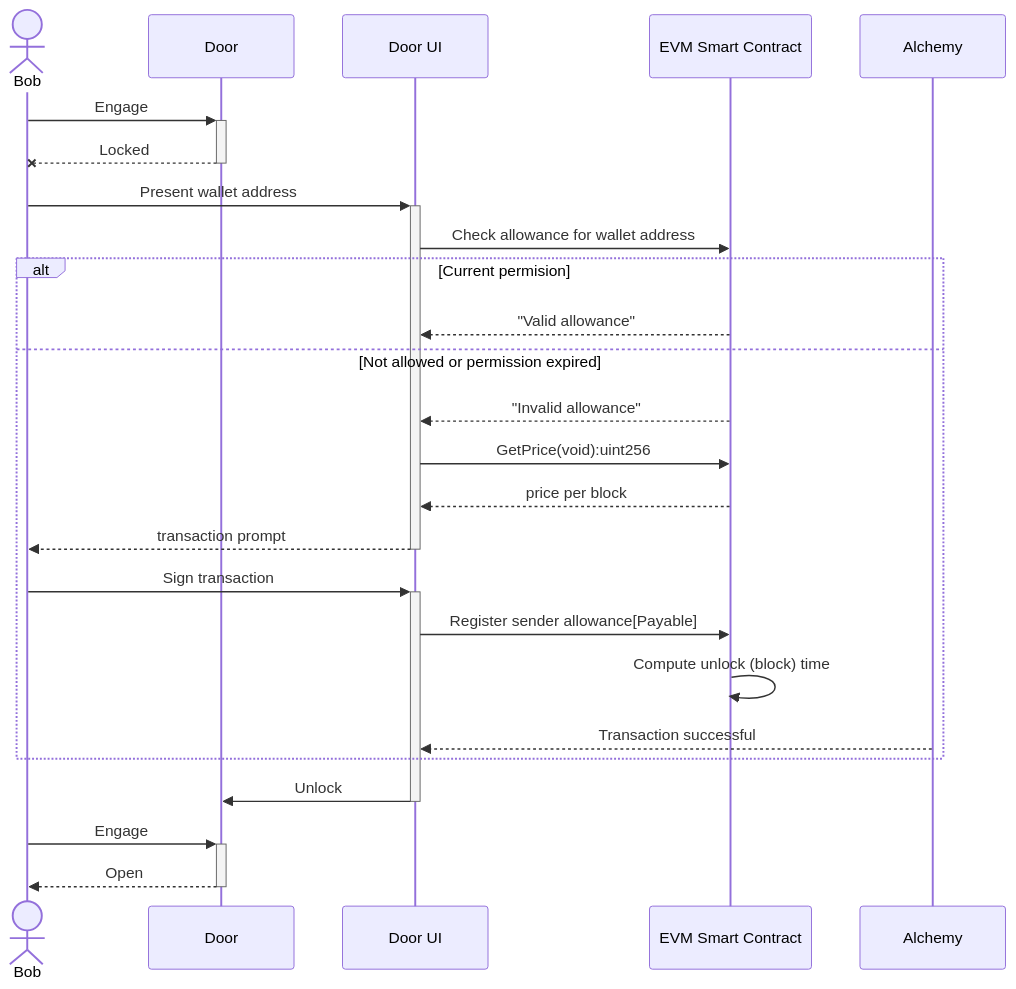
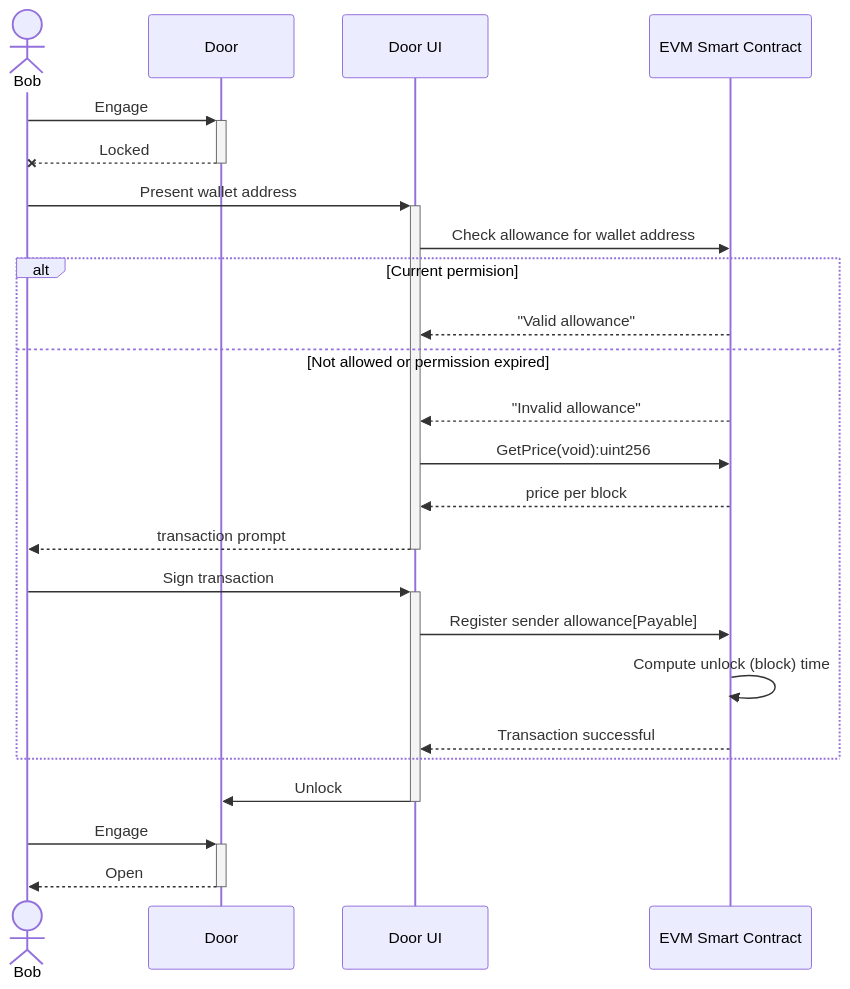
The first of 3 diagrams in readme.md (kilogold/Door), drawn with Mermaid before and after one commit. The commit also changed other lines of this file, not shown here.

````diff
--- a/readme.md
+++ b/readme.md
@@ -7,28 +7,28 @@
 ``` mermaid
 sequenceDiagram
 
 actor Bob
 participant Door as Door
 participant UI as Door UI
 participant contract as EVM Smart Contract
 
 Bob->>+Door: Engage
 Door--x-Bob: Locked
 Bob->>+UI: Present wallet address
 UI->>contract: Check allowance for wallet address
 alt Current permision
     contract-->>UI: "Valid allowance" 
 else Not allowed or permission expired
     contract-->>UI: "Invalid allowance" 
     UI->>contract: GetPrice(void):uint256
     contract-->>UI: price per block
     UI-->>-Bob: transaction prompt
     Bob->>+UI: Sign transaction
     UI->>contract: Register sender allowance[Payable]
     contract->>contract: Compute unlock (block) time
-    Alchemy-->>UI: Transaction successful
+    contract-->>UI: Transaction successful
 end
 UI->>-Door: Unlock
 Bob->>+Door: Engage
 Door-->>-Bob: Open
 ```
````
